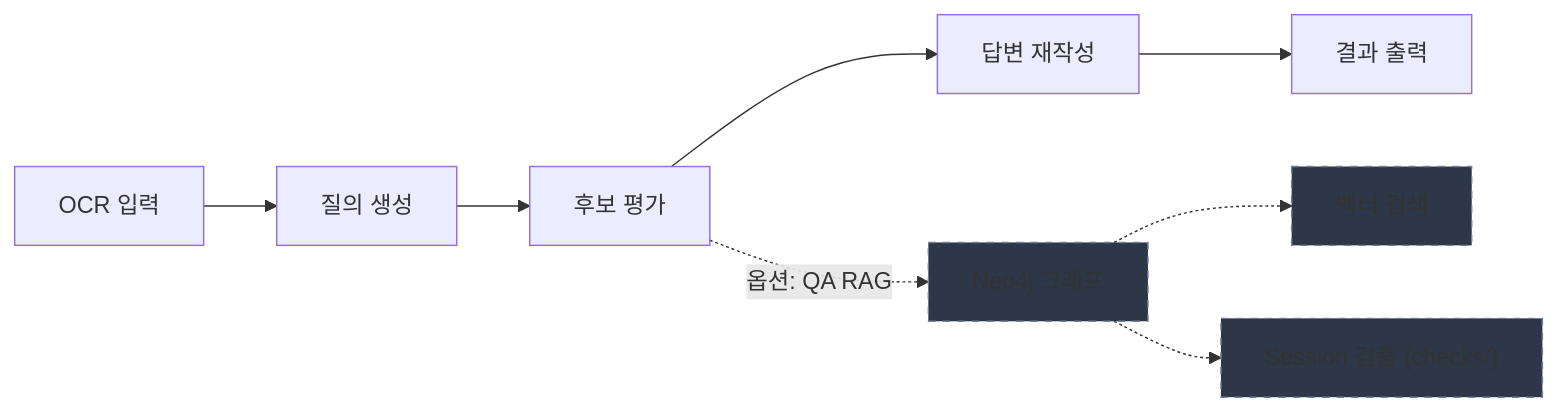
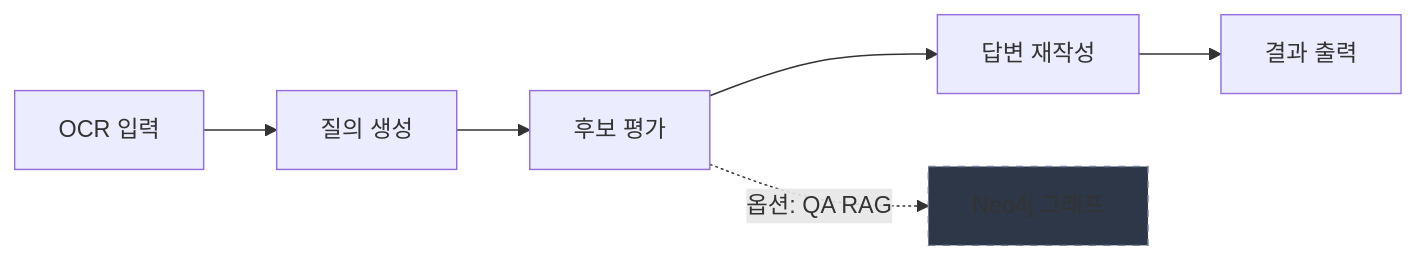
The diagram in README.md (hamtoy/Test), drawn with Mermaid before and after one commit. The commit also changed other lines of this file and 15 other files, not shown here.

````diff
--- a/README.md
+++ b/README.md
@@ -149,15 +436,11 @@
 ```mermaid
 flowchart LR
     A[OCR 입력] --> B[질의 생성]
     B --> C[후보 평가]
     C --> D[답변 재작성]
     D --> E[결과 출력]
 
     C -.->|옵션: QA RAG| F[Neo4j 그래프]
-    F -.-> G[벡터 검색]
-    F -.-> H["Session 검증 (checks/)"]
     
     style F fill:#2d3748,stroke:#718096,stroke-dasharray: 5 5
-    style G fill:#2d3748,stroke:#718096,stroke-dasharray: 5 5
-    style H fill:#2d3748,stroke:#718096,stroke-dasharray: 5 5
 ```
````
